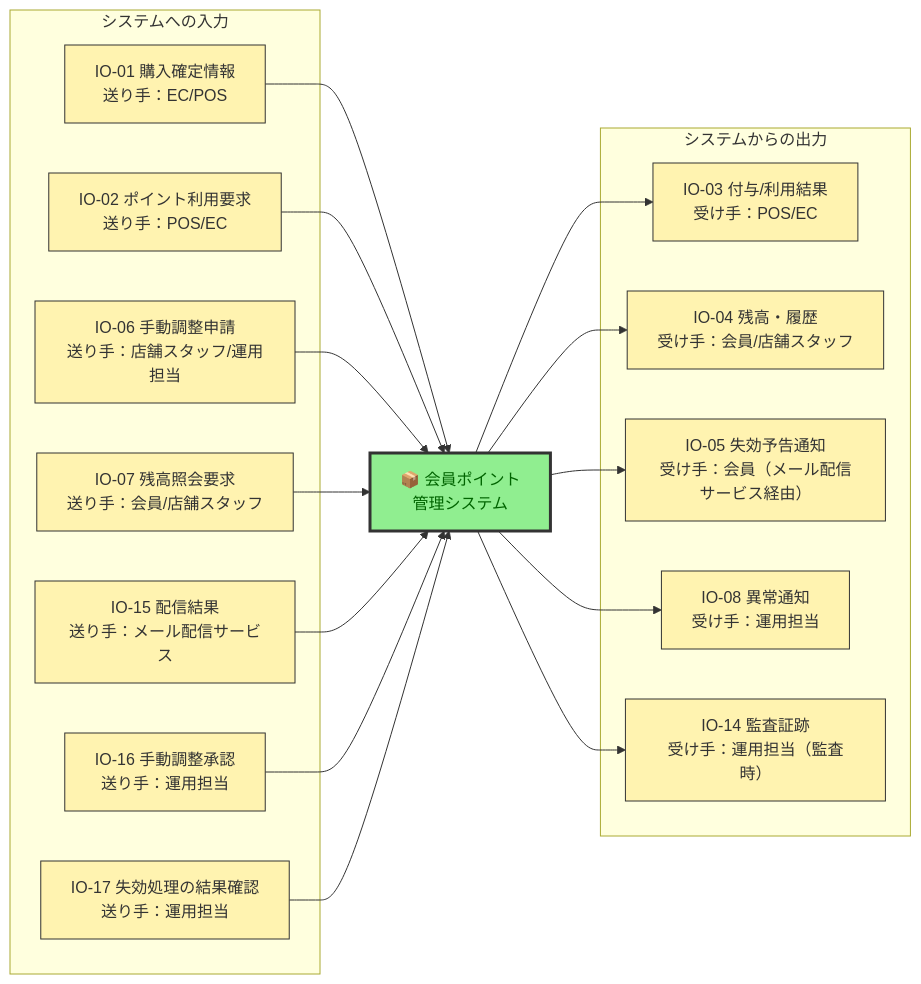
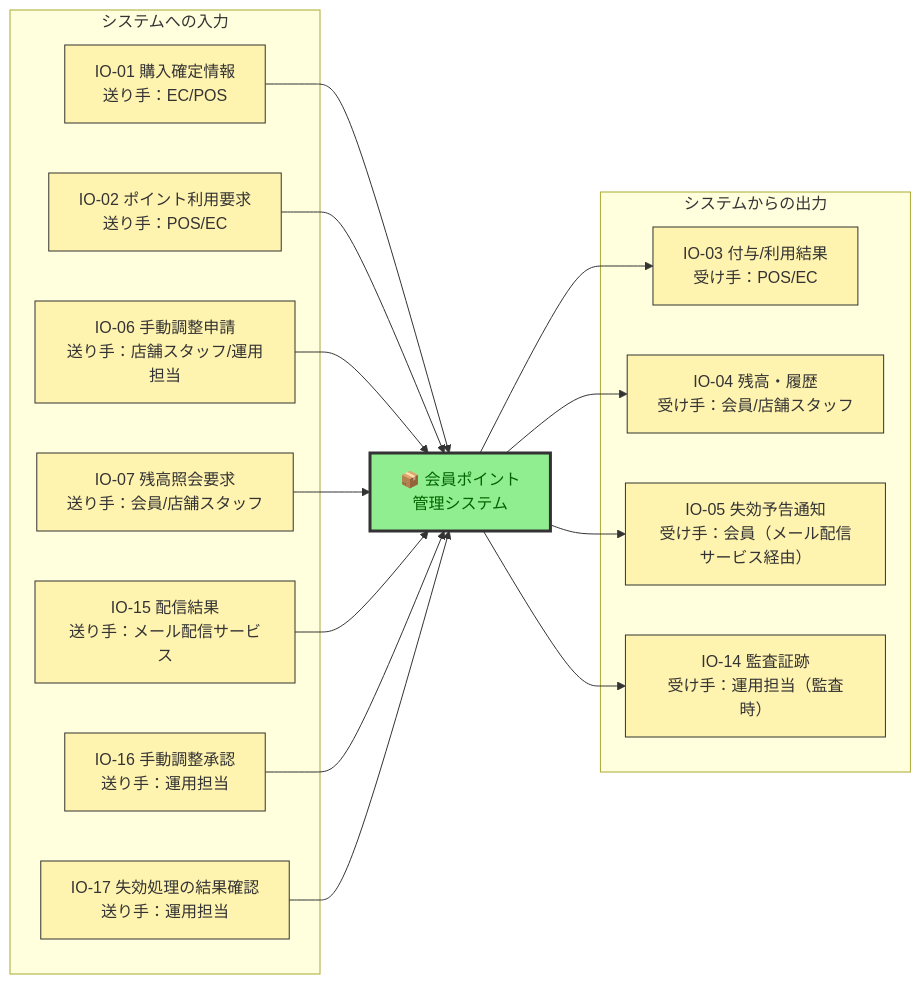
One commit to kasiopeiya/claude-dev-template changed the sixth of 13 diagrams in samples/docs/requirements.md. Above: the diagram before and after it, drawn with Mermaid. The commit also changed other lines of this file and 3 other files, not shown here.

````diff
--- a/samples/docs/requirements.md
+++ b/samples/docs/requirements.md
@@ -425,37 +422,35 @@
 ```mermaid
 flowchart LR
     subgraph IN["システムへの入力"]
       i1["IO-01 購入確定情報<br/>送り手：EC/POS"]
       i2["IO-02 ポイント利用要求<br/>送り手：POS/EC"]
       i6["IO-06 手動調整申請<br/>送り手：店舗スタッフ/運用担当"]
       i7["IO-07 残高照会要求<br/>送り手：会員/店舗スタッフ"]
       i15["IO-15 配信結果<br/>送り手：メール配信サービス"]
       i16["IO-16 手動調整承認<br/>送り手：運用担当"]
       i17["IO-17 失効処理の結果確認<br/>送り手：運用担当"]
     end
     sys["📦 会員ポイント<br/>管理システム"]
     subgraph OUT["システムからの出力"]
       o3["IO-03 付与/利用結果<br/>受け手：POS/EC"]
       o4["IO-04 残高・履歴<br/>受け手：会員/店舗スタッフ"]
       o5["IO-05 失効予告通知<br/>受け手：会員（メール配信サービス経由）"]
-      o8["IO-08 異常通知<br/>受け手：運用担当"]
       o14["IO-14 監査証跡<br/>受け手：運用担当（監査時）"]
     end
     i1 --> sys
     i2 --> sys
     i6 --> sys
     i7 --> sys
     i15 --> sys
     i16 --> sys
     i17 --> sys
     sys --> o3
     sys --> o4
     sys --> o5
-    sys --> o8
     sys --> o14
 
     classDef internal fill:#90EE90,stroke:#333,stroke-width:3px,color:darkgreen
     classDef io fill:#FFF3B0,stroke:#333,stroke-width:1px,color:#333
     class sys internal
-    class i1,i2,i6,i7,i15,i16,i17,o3,o4,o5,o8,o14 io
+    class i1,i2,i6,i7,i15,i16,i17,o3,o4,o5,o14 io
 ```
````
